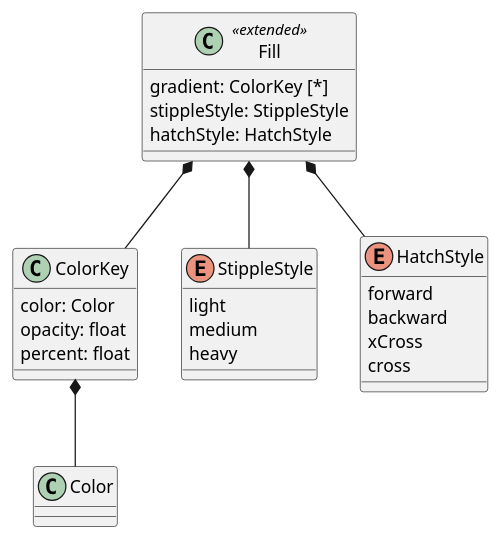
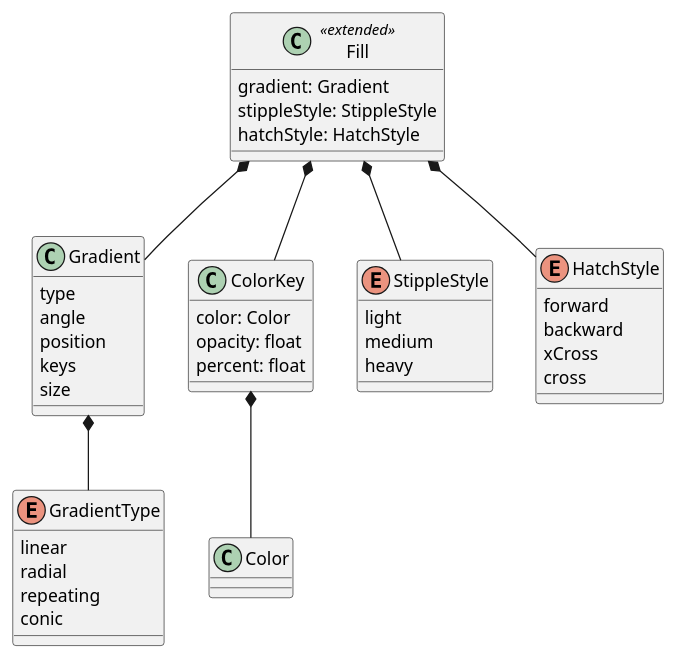
The second of 2 diagrams in core/sections/clause_14_advanced_fills.adoc (opengeospatial/styles-and-symbology), drawn with PlantUML before and after one commit. The commit also changed other lines of this file and 1 other file, not shown here.

Commit message:
mv and merge Gradient from clause 8 to 14

```diff
--- a/core/sections/clause_14_advanced_fills.adoc
+++ b/core/sections/clause_14_advanced_fills.adoc
@@ -35,26 +35,40 @@
 [plantuml, target=diagram-classes, format=png]
 ....
 class Fill <<extended>>
-Fill : gradient: ColorKey [*]
+Fill : gradient: Gradient
 Fill : stippleStyle: StippleStyle
 Fill : hatchStyle: HatchStyle
+Fill *-- Gradient
 Fill *-- ColorKey
 Fill *-- StippleStyle
 Fill *-- HatchStyle
 
 ColorKey : color: Color
 ColorKey : opacity: float
 ColorKey : percent: float
 ColorKey *-- Color
+
+Gradient : type
+Gradient : angle
+Gradient : position
+Gradient : keys
+Gradient : size
+Gradient *-- GradientType
+
+enum GradientType
+GradientType : linear
+GradientType : radial
+GradientType : repeating
+GradientType : conic
 
 enum StippleStyle
 StippleStyle : light
 StippleStyle : medium
 StippleStyle : heavy
 
 enum HatchStyle
 HatchStyle : forward
 HatchStyle : backward
 HatchStyle : xCross
 HatchStyle : cross
 ....
```
